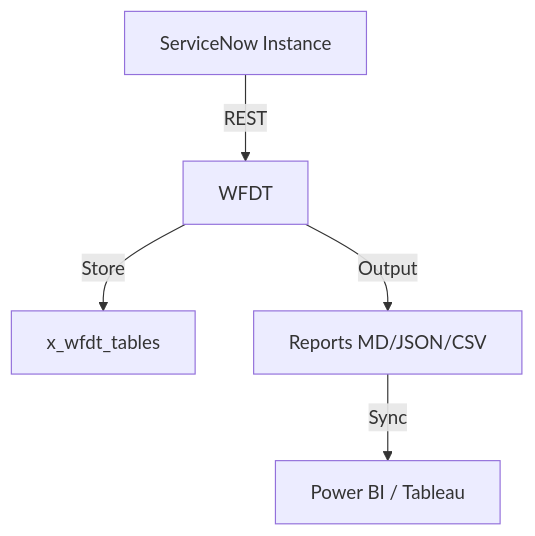
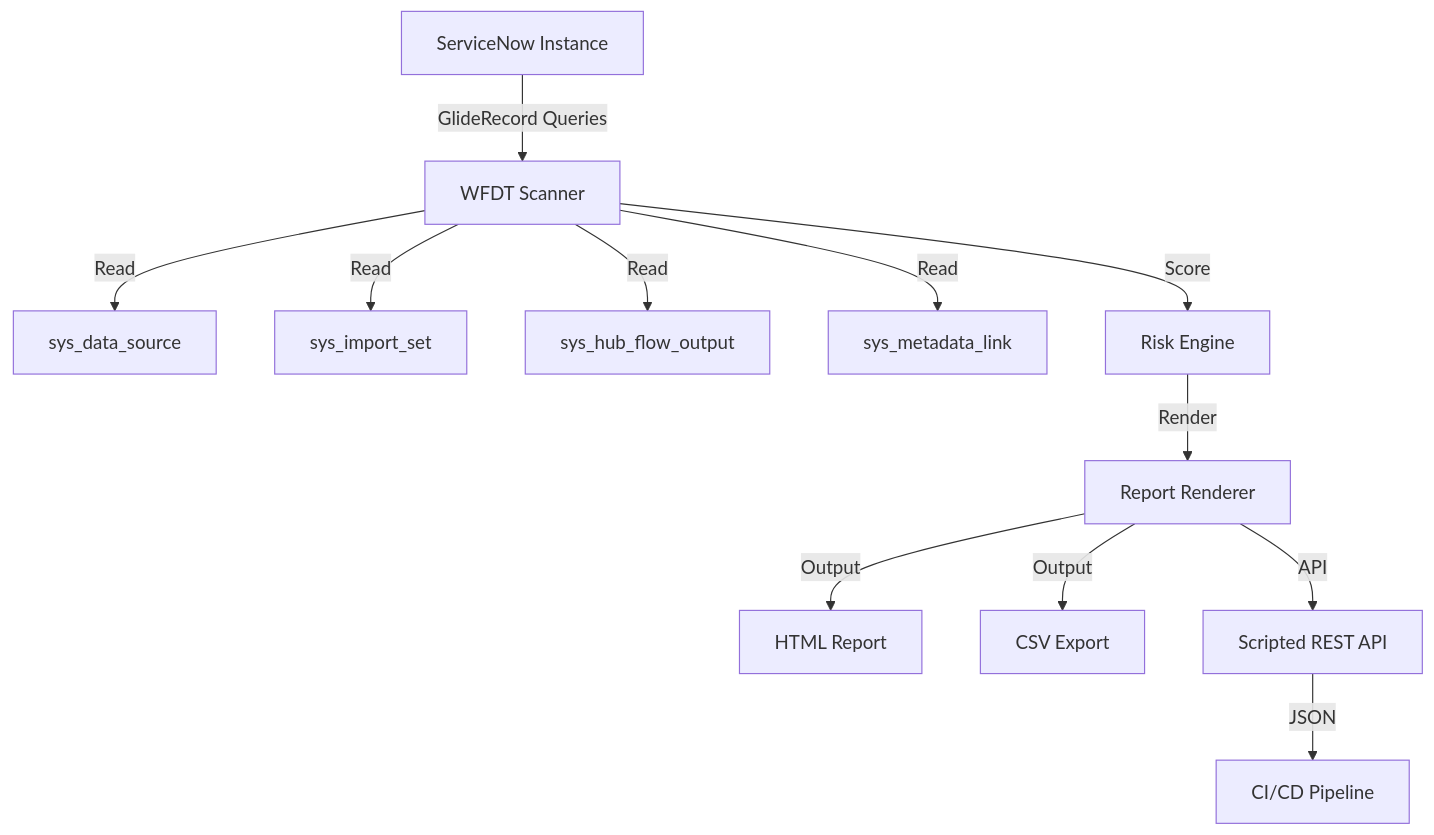
One commit to vladarchitectservicenow-oss/WFDT changed the second of 2 diagrams in README.md. Above: the diagram before and after it, drawn with Mermaid. The commit also changed other lines of this file, not shown here.

Commit message:
Repair README: deduplicate mass-template, expand to 3333 words, fix AGPL license badge, add Mermaid diagrams, Data Model, expanded Troubleshooting (12 entries), FAQ (6 Q&A), detailed ROI with dollar figures, Quick Start, Table of Contents

````diff
--- a/README.md
+++ b/README.md
@@ -292,7 +131,14 @@
 ```mermaid
-graph TD
-    SN[ServiceNow Instance] -->|REST| WFDT
-    WFDT -->|Store| DB[x_wfdt_tables]
-    WFDT -->|Output| Report[Reports MD/JSON/CSV]
-    Report -->|Sync| BI[Power BI / Tableau]
+flowchart TD
+  SN[ServiceNow Instance] -->|GlideRecord Queries| WFDT[WFDT Scanner]
+  WFDT -->|Read| DS[sys_data_source]
+  WFDT -->|Read| IS[sys_import_set]
+  WFDT -->|Read| HFO[sys_hub_flow_output]
+  WFDT -->|Read| ML[sys_metadata_link]
+  WFDT -->|Score| RE[Risk Engine]
+  RE -->|Render| RR[Report Renderer]
+  RR -->|Output| HTML[HTML Report]
+  RR -->|Output| CSV[CSV Export]
+  RR -->|API| REST[Scripted REST API]
+  REST -->|JSON| CI[CI/CD Pipeline]
 ```
````
